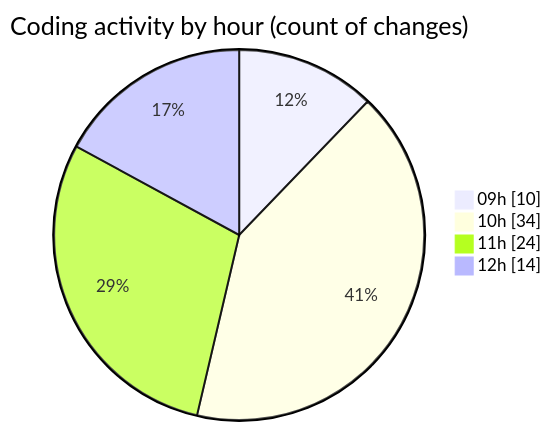
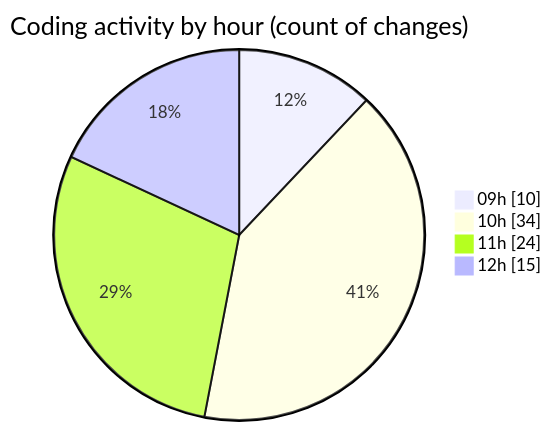
Before and after one commit to momahboobian/code-tracking: the second of 2 diagrams in 2025-09-02/cda/README.md, drawn with Mermaid. The commit also changed other lines of this file and 1 other file, not shown here.

````diff
--- a/2025-09-02/cda/README.md
+++ b/2025-09-02/cda/README.md
@@ -37,8 +37,8 @@
 ```mermaid
 pie showData
 title Coding activity by hour (count of changes)
 "09h" : 10
 "10h" : 34
 "11h" : 24
-"12h" : 14
+"12h" : 15
 ```
````
